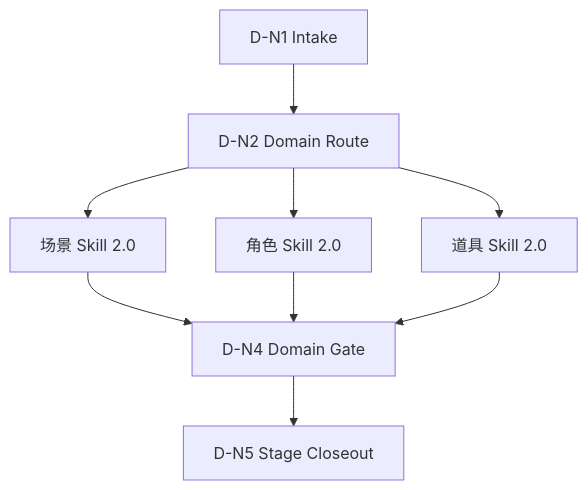
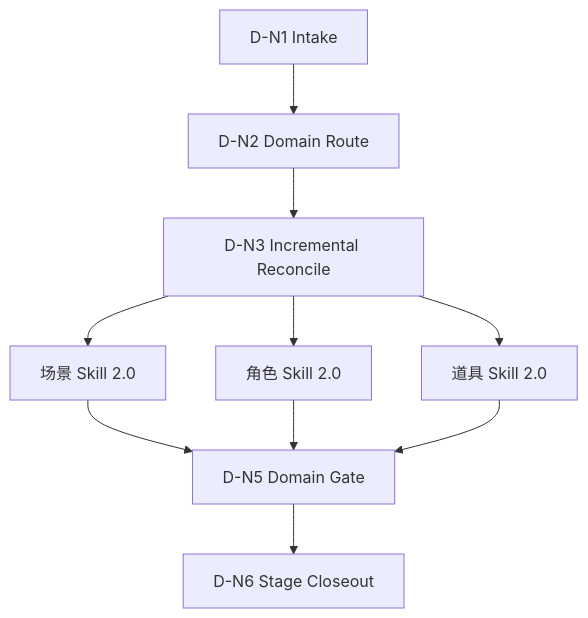
One commit to ZEN-VOID/AI-CUT changed the diagram in .agents/skills/aigc/5-设计/references/思行网络.md. Above: the diagram before and after it, drawn with Mermaid. The commit also changed other lines of this file and 127 other files, not shown here.

````diff
--- a/.agents/skills/aigc/5-设计/references/思行网络.md
+++ b/.agents/skills/aigc/5-设计/references/思行网络.md
@@ -24,11 +26,12 @@
 ```mermaid
 flowchart TD
     A["D-N1 Intake"] --> B["D-N2 Domain Route"]
-    B --> C1["场景 Skill 2.0"]
-    B --> C2["角色 Skill 2.0"]
-    B --> C3["道具 Skill 2.0"]
-    C1 --> D["D-N4 Domain Gate"]
+    B --> R["D-N3 Incremental Reconcile"]
+    R --> C1["场景 Skill 2.0"]
+    R --> C2["角色 Skill 2.0"]
+    R --> C3["道具 Skill 2.0"]
+    C1 --> D["D-N5 Domain Gate"]
     C2 --> D
     C3 --> D
-    D --> E["D-N5 Stage Closeout"]
+    D --> E["D-N6 Stage Closeout"]
 ```
````
